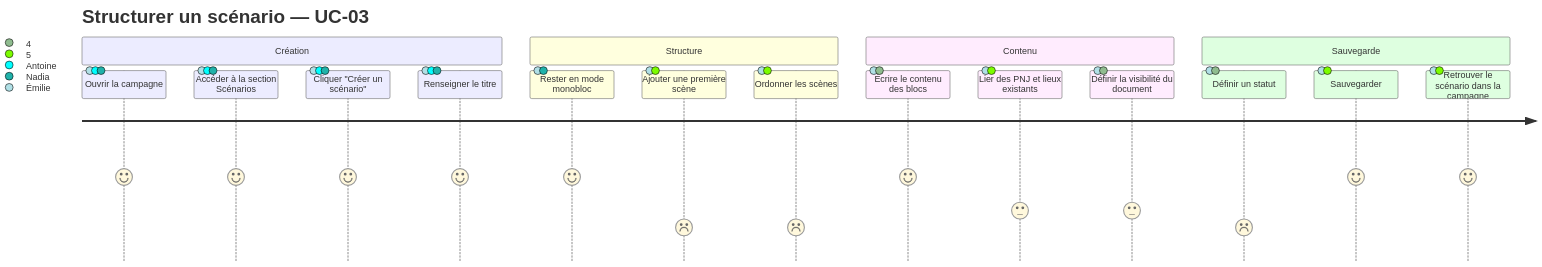
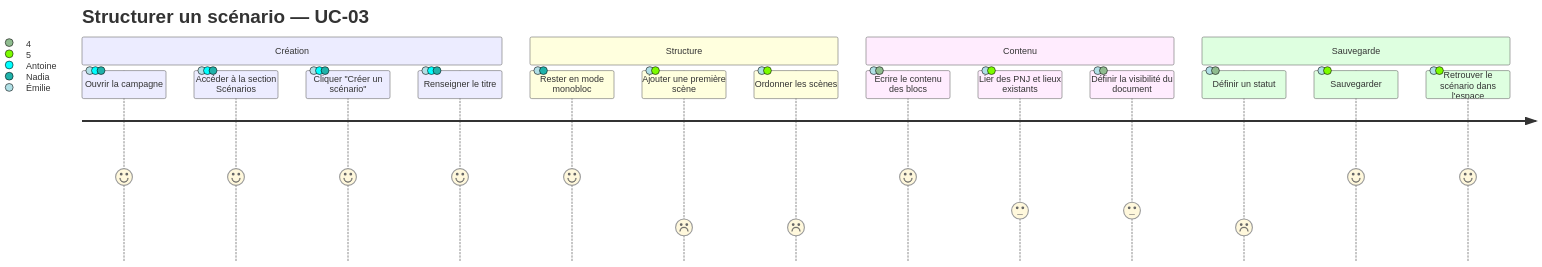
Before and after one commit to 2025-10-CDA-ECO-P6/PM-micro-saas: the first of 2 diagrams in docs/conception/user-journeys/UJ-UC-03-structurer-scenario.md, drawn with Mermaid. The commit also changed other lines of this file and 84 other files, not shown here.

````diff
--- a/docs/conception/user-journeys/UJ-UC-03-structurer-scenario.md
+++ b/docs/conception/user-journeys/UJ-UC-03-structurer-scenario.md
@@ -25,21 +25,21 @@
 ```mermaid
 journey
     title Structurer un scénario — UC-03
     section Création
         Ouvrir la campagne: 5: Émilie, Antoine, Nadia
         Accéder à la section Scénarios: 5: Émilie, Antoine, Nadia
         Cliquer "Créer un scénario": 5: Émilie, Antoine, Nadia
         Renseigner le titre: 5: Émilie, Antoine, Nadia
     section Structure
         Rester en mode monobloc: 5: Émilie, Nadia
         Ajouter une première scène: 2: Émilie, 5: Antoine, 3: Nadia
         Ordonner les scènes: 2: Émilie, 5: Antoine, 3: Nadia
     section Contenu
         Écrire le contenu des blocs: 5: Émilie, 4: Antoine, 5: Nadia
         Lier des PNJ et lieux existants: 3: Émilie, 5: Antoine, 2: Nadia
         Définir la visibilité du document: 3: Émilie, 4: Antoine, 3: Nadia
     section Sauvegarde
         Définir un statut: 2: Émilie, 4: Antoine, 3: Nadia
         Sauvegarder: 5: Émilie, 5: Antoine, 5: Nadia
-        Retrouver le scénario dans la campagne: 5: Émilie, 5: Antoine, 5: Nadia
+        Retrouver le scénario dans l'espace: 5: Émilie, 5: Antoine, 5: Nadia
 ```
````
